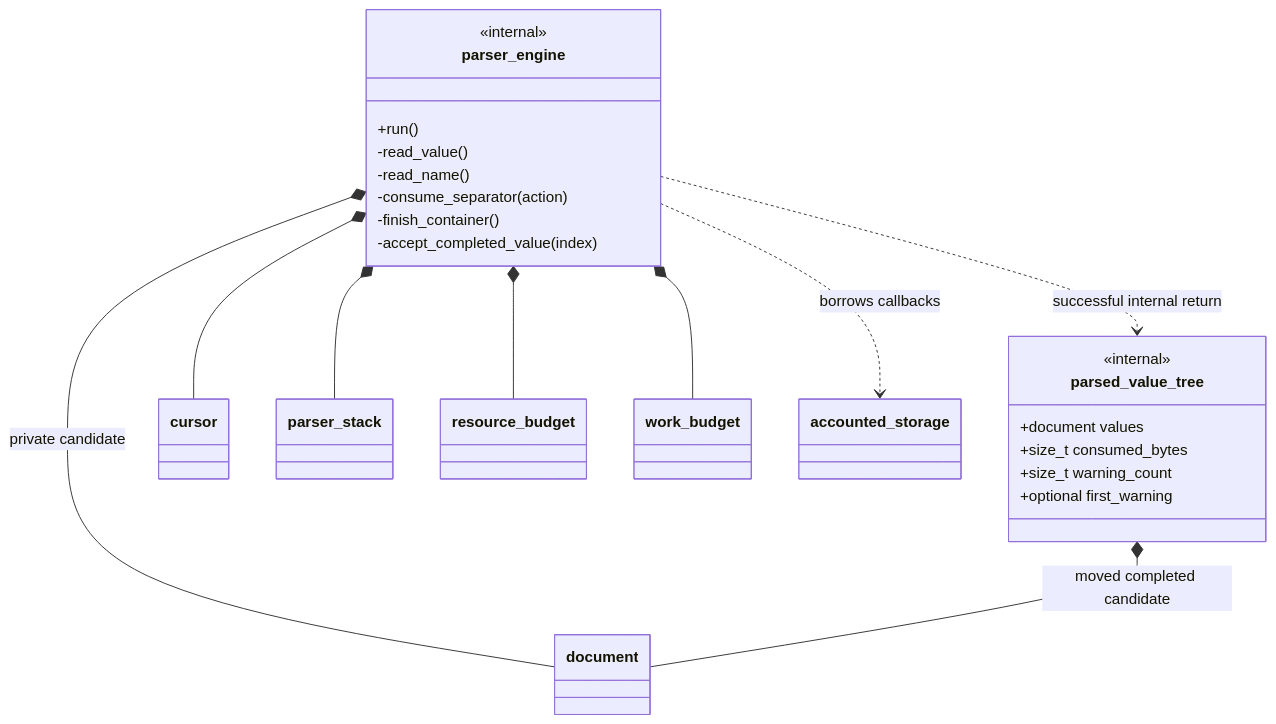
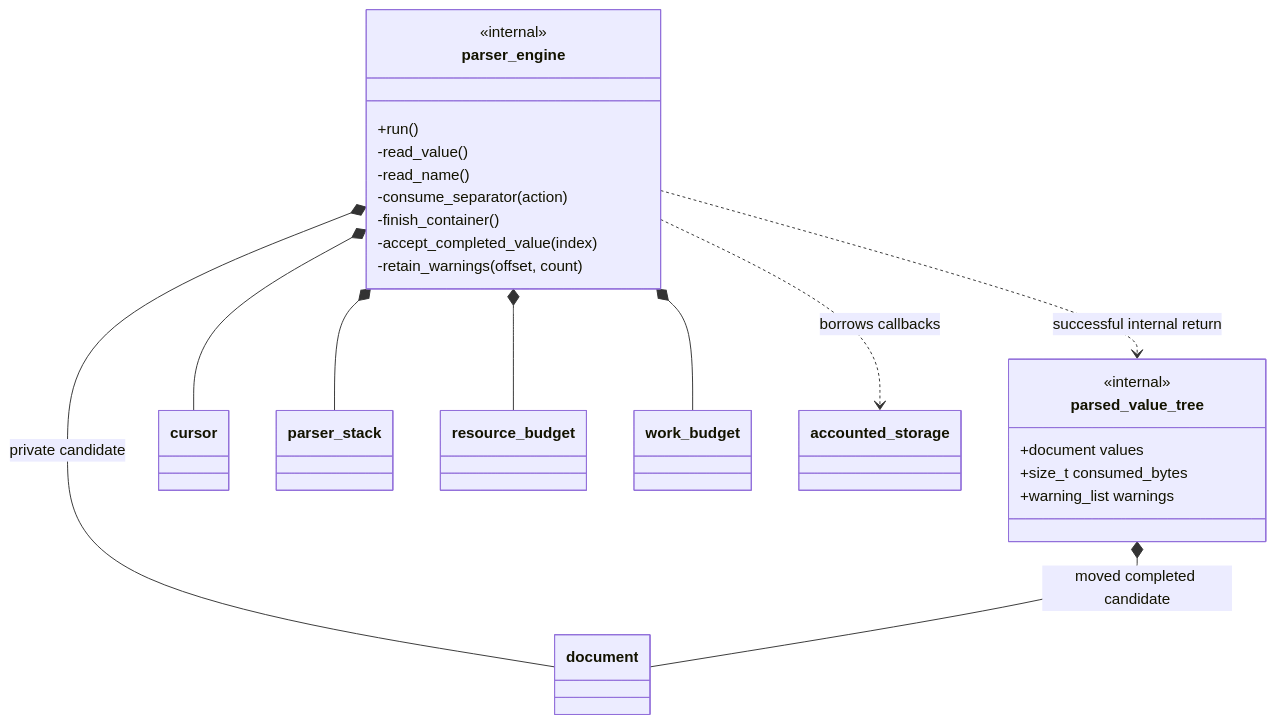
One commit to Romanr92/Adaptive_JSON5 changed diagram 13 of 14 in docs/architecture.md. Above: the diagram before and after it, drawn with Mermaid. The commit also changed other lines of this file and 3 other files, not shown here.

````diff
--- a/docs/architecture.md
+++ b/docs/architecture.md
@@ -876,33 +876,33 @@
 ```mermaid
 classDiagram
     class parser_engine {
         <<internal>>
         +run()
         -read_value()
         -read_name()
         -consume_separator(action)
         -finish_container()
         -accept_completed_value(index)
+        -retain_warnings(offset, count)
     }
     class parsed_value_tree {
         <<internal>>
         +document values
         +size_t consumed_bytes
-        +size_t warning_count
-        +optional first_warning
+        +warning_list warnings
     }
     class cursor
     class document
     class parser_stack
     class resource_budget
     class work_budget
     class accounted_storage
     parser_engine *-- cursor
     parser_engine *-- document : private candidate
     parser_engine *-- parser_stack
     parser_engine *-- resource_budget
     parser_engine *-- work_budget
     parser_engine ..> accounted_storage : borrows callbacks
     parser_engine ..> parsed_value_tree : successful internal return
     parsed_value_tree *-- document : moved completed candidate
 ```
````
